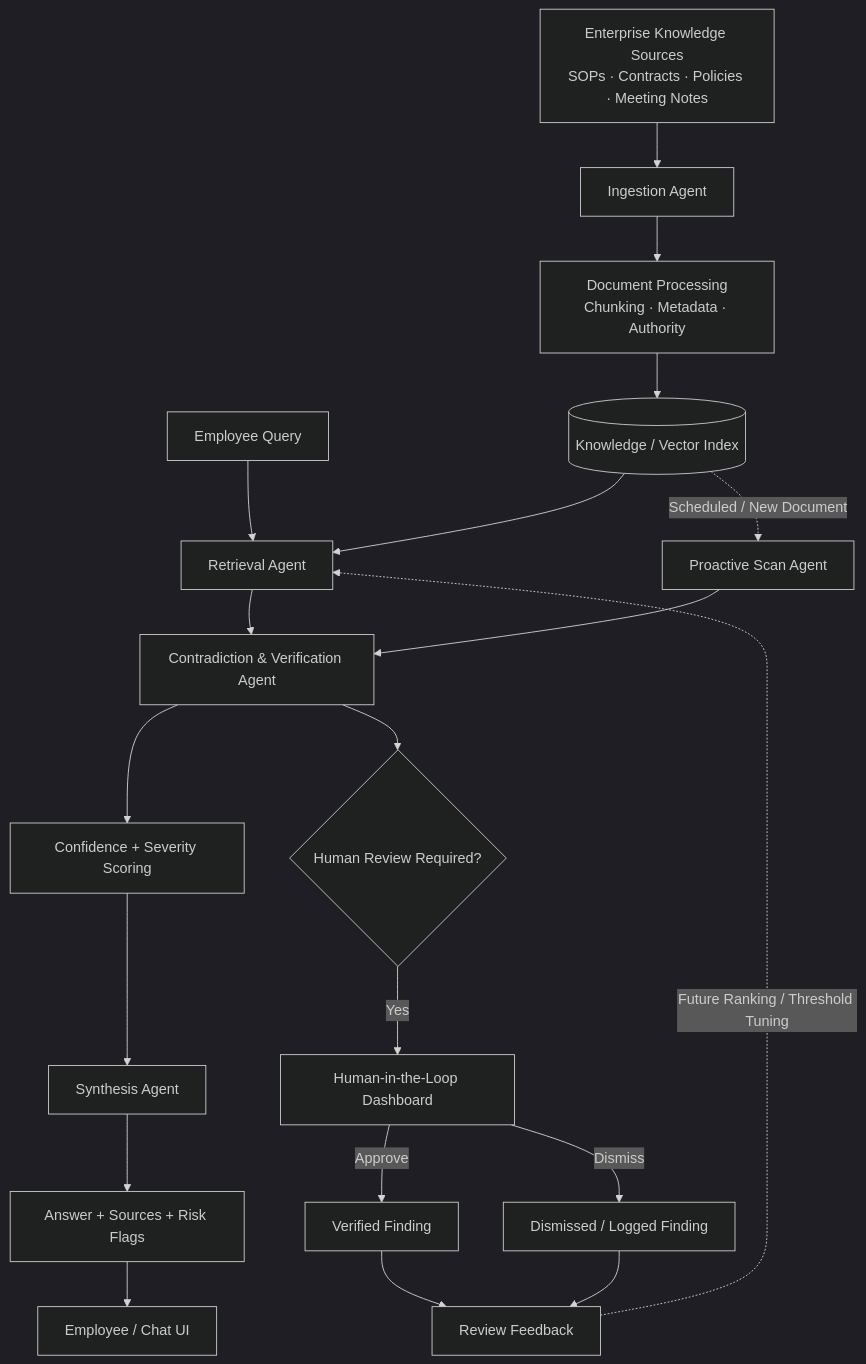
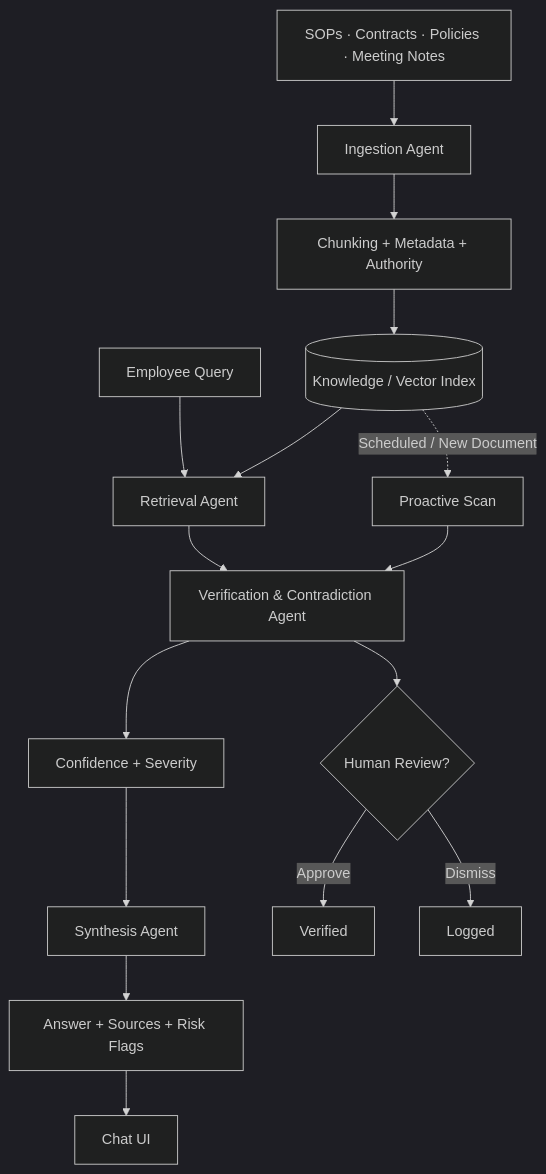
One commit to AatifaRizvi/think9-brain-poc changed the diagram in README.md. Above: the diagram before and after it, drawn with Mermaid (dark theme). The commit also changed other lines of this file, not shown here.

Commit message:
Improve README with architecture and documentation

````diff
--- a/README.md
+++ b/README.md
@@ -148,42 +96,26 @@
 ```mermaid
 flowchart TD
 
-    A["Enterprise Knowledge Sources<br/>SOPs · Contracts · Policies · Meeting Notes"] 
+    A["SOPs · Contracts · Policies · Meeting Notes"]
         --> B["Ingestion Agent"]
 
-    B --> C["Document Processing<br/>Chunking · Metadata · Authority"]
-
+    B --> C["Chunking + Metadata + Authority"]
     C --> D[("Knowledge / Vector Index")]
 
-    U["Employee Query"] --> E["Retrieval Agent"]
-
+    Q["Employee Query"] --> E["Retrieval Agent"]
     D --> E
 
-    E --> F["Contradiction & Verification Agent"]
-
-    F --> G["Confidence + Severity Scoring"]
+    E --> F["Verification & Contradiction Agent"]
+    F --> G["Confidence + Severity"]
 
     G --> H["Synthesis Agent"]
+    H --> I["Answer + Sources + Risk Flags"]
+    I --> J["Chat UI"]
 
-    H --> I["Answer + Sources + Risk Flags"]
-
-    I --> J["Employee / Chat UI"]
-
-    D -. "Scheduled / New Document" .-> K["Proactive Scan Agent"]
-
+    D -. "Scheduled / New Document" .-> K["Proactive Scan"]
     K --> F
 
-    F --> L{"Human Review Required?"}
-
-    L -->|Yes| M["Human-in-the-Loop Dashboard"]
-
-    M -->|Approve| N["Verified Finding"]
-
-    M -->|Dismiss| O["Dismissed / Logged Finding"]
-
-    N --> P["Review Feedback"]
-
-    O --> P
-
-    P -. "Future Ranking / Threshold Tuning" .-> E
+    F --> L{"Human Review?"}
+    L -->|Approve| M["Verified"]
+    L -->|Dismiss| N["Logged"]
 ```
````
